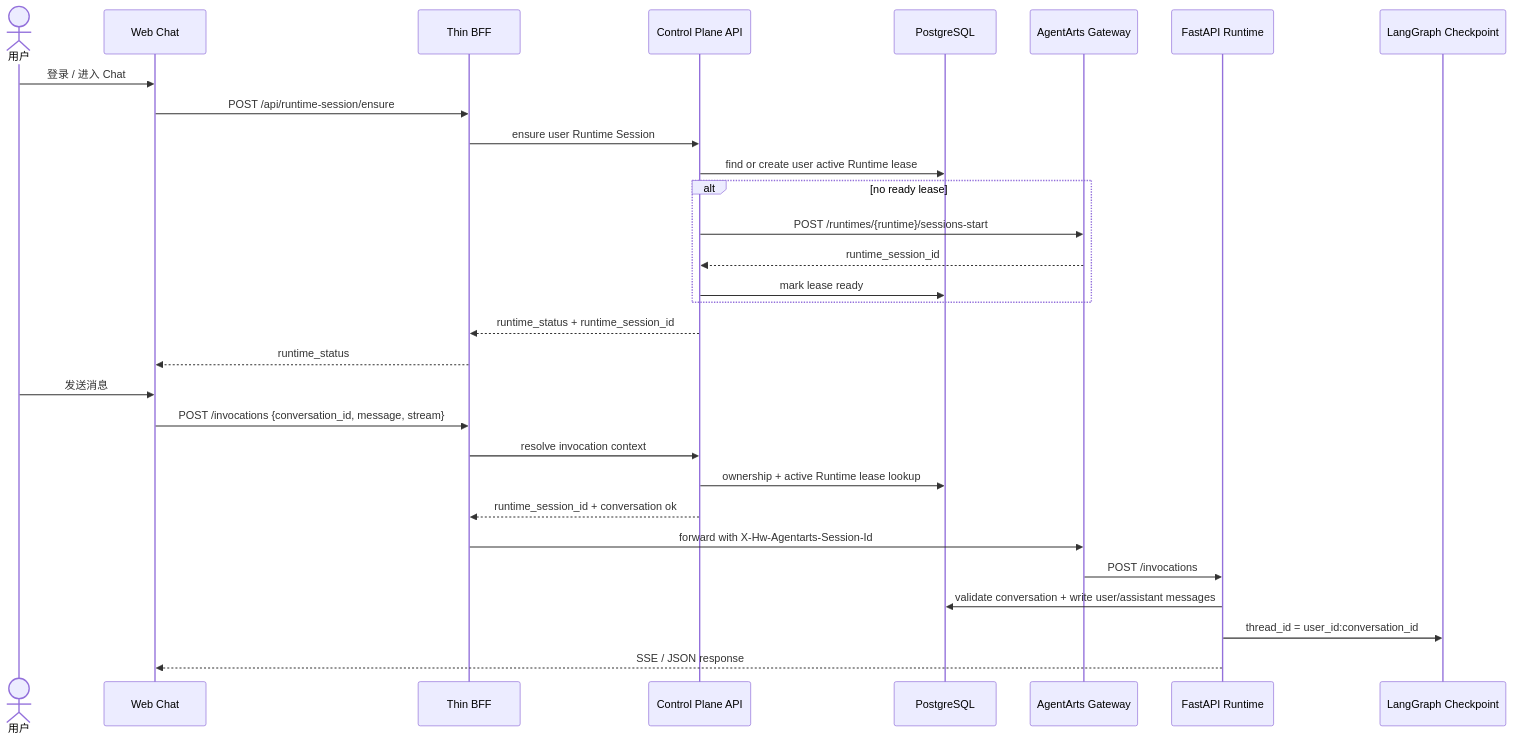
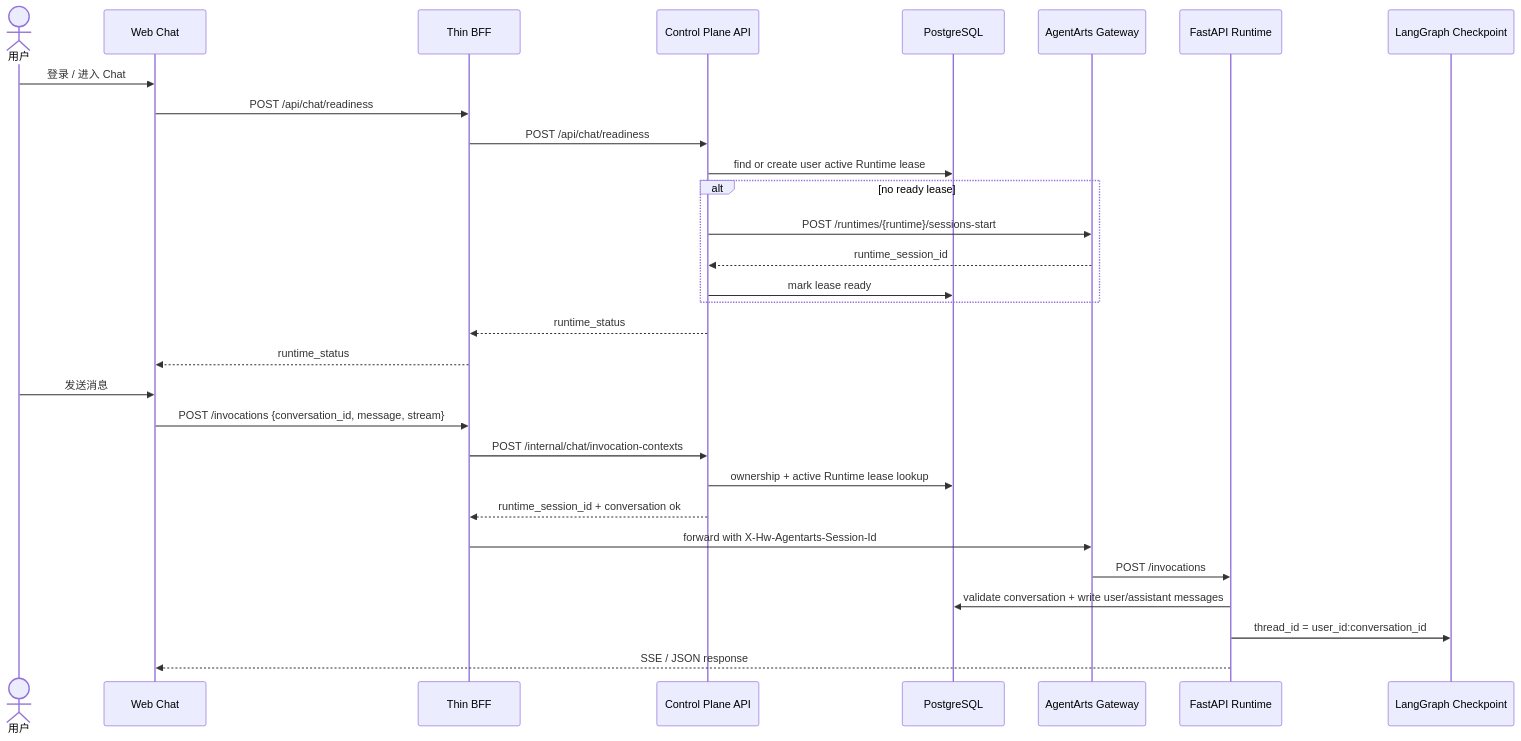
The second of 4 diagrams in personal-assistant-meta/issues/features/feature-14-multi-session-runtime-prewarm/plan.md (T-1009/personal-assistant), drawn with Mermaid before and after one commit. The commit also changed other lines of this file and 2 other files, not shown here.

First line of the commit message:
docs: rename and restructure API endpoints, enforce snake_case wire contract, and clarify Control Plane/BFF boundaries for multi-session runtime prewarm

````diff
--- a/personal-assistant-meta/issues/features/feature-14-multi-session-runtime-prewarm/plan.md
+++ b/personal-assistant-meta/issues/features/feature-14-multi-session-runtime-prewarm/plan.md
@@ -94,34 +94,34 @@
 ```mermaid
 sequenceDiagram
     actor User as 用户
     participant UI as Web Chat
     participant BFF as Thin BFF
     participant CP as Control Plane API
     participant DB as PostgreSQL
     participant GW as AgentArts Gateway
     participant API as FastAPI Runtime
     participant LG as LangGraph Checkpoint
 
     User->>UI: 登录 / 进入 Chat
-    UI->>BFF: POST /api/runtime-session/ensure
-    BFF->>CP: ensure user Runtime Session
+    UI->>BFF: POST /api/chat/readiness
+    BFF->>CP: POST /api/chat/readiness
     CP->>DB: find or create user active Runtime lease
     alt no ready lease
         CP->>GW: POST /runtimes/{runtime}/sessions-start
         GW-->>CP: runtime_session_id
         CP->>DB: mark lease ready
     end
-    CP-->>BFF: runtime_status + runtime_session_id
+    CP-->>BFF: runtime_status
     BFF-->>UI: runtime_status
 
     User->>UI: 发送消息
     UI->>BFF: POST /invocations {conversation_id, message, stream}
-    BFF->>CP: resolve invocation context
+    BFF->>CP: POST /internal/chat/invocation-contexts
     CP->>DB: ownership + active Runtime lease lookup
     CP-->>BFF: runtime_session_id + conversation ok
     BFF->>GW: forward with X-Hw-Agentarts-Session-Id
     GW->>API: POST /invocations
     API->>DB: validate conversation + write user/assistant messages
     API->>LG: thread_id = user_id:conversation_id
     API-->>UI: SSE / JSON response
 ```
````
